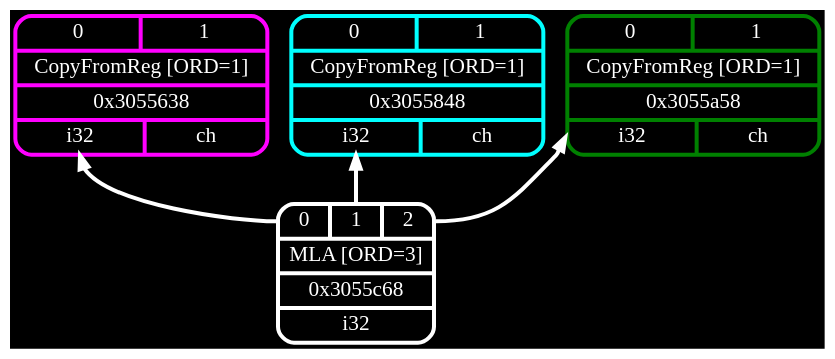
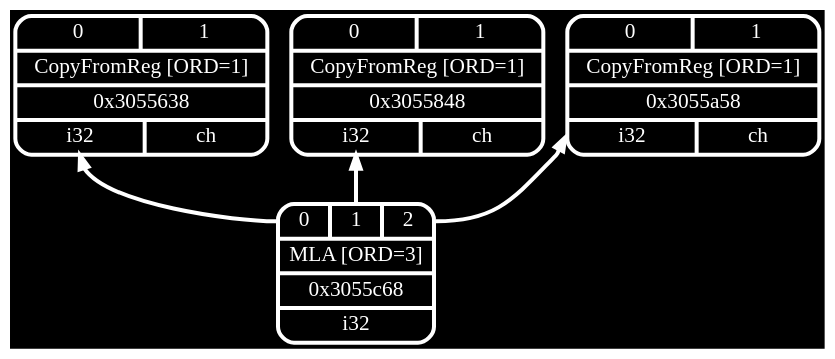
Before and after one commit to frasercrmck/llvm-leg: the diagram in docs/Codeplay/examples/ex3/ex3-post-isel-mla.dot, drawn with Graphviz. The commit also changed 8 other files, not shown here.

```diff
--- a/docs/Codeplay/examples/ex3/ex3-post-isel-mla.dot
+++ b/docs/Codeplay/examples/ex3/ex3-post-isel-mla.dot
@@ -1,12 +1,12 @@
 digraph "scheduler input for foo:entry" {
 	rankdir="BT";
 	bgcolor="black";
 
-	Node0x3055638 [shape=record,shape=Mrecord,label="{{<s0>0|<s1>1}|CopyFromReg [ORD=1]|0x3055638|{<d0>i32|<d1>ch}}", penwidth=3,color="magenta",fontname="Calibri",fontsize=16,fontcolor="white"];
-	Node0x3055848 [shape=record,shape=Mrecord,label="{{<s0>0|<s1>1}|CopyFromReg [ORD=1]|0x3055848|{<d0>i32|<d1>ch}}", penwidth=3,color="cyan",fontname="Calibri",fontsize=16,fontcolor="white"];
-	Node0x3055a58 [shape=record,shape=Mrecord,label="{{<s0>0|<s1>1}|CopyFromReg [ORD=1]|0x3055a58|{<d0>i32|<d1>ch}}", penwidth=3,color="green",fontname="Calibri",fontsize=16,fontcolor="white"];
+	Node0x3055638 [shape=record,shape=Mrecord,label="{{<s0>0|<s1>1}|CopyFromReg [ORD=1]|0x3055638|{<d0>i32|<d1>ch}}", penwidth=3,color="white",fontname="Calibri",fontsize=16,fontcolor="white"];
+	Node0x3055848 [shape=record,shape=Mrecord,label="{{<s0>0|<s1>1}|CopyFromReg [ORD=1]|0x3055848|{<d0>i32|<d1>ch}}", penwidth=3,color="white",fontname="Calibri",fontsize=16,fontcolor="white"];
+	Node0x3055a58 [shape=record,shape=Mrecord,label="{{<s0>0|<s1>1}|CopyFromReg [ORD=1]|0x3055a58|{<d0>i32|<d1>ch}}", penwidth=3,color="white",fontname="Calibri",fontsize=16,fontcolor="white"];
 	Node0x3055c68 [shape=record,shape=Mrecord,label="{{<s0>0|<s1>1|<s2>2}|MLA [ORD=3]|0x3055c68|{<d0>i32}}", penwidth=3,color="white",fontname="Calibri",fontsize=16,fontcolor="white"];
 	Node0x3055c68:s0 -> Node0x3055638:d0[penwidth=3,color="white",fontname="Calibri",fontsize=16,fontcolor="white"];
 	Node0x3055c68:s1 -> Node0x3055848:d0[penwidth=3,color="white",fontname="Calibri",fontsize=16,fontcolor="white"];
 	Node0x3055c68:s2 -> Node0x3055a58:d0[penwidth=3,color="white",fontname="Calibri",fontsize=16,fontcolor="white"];
 }
```
